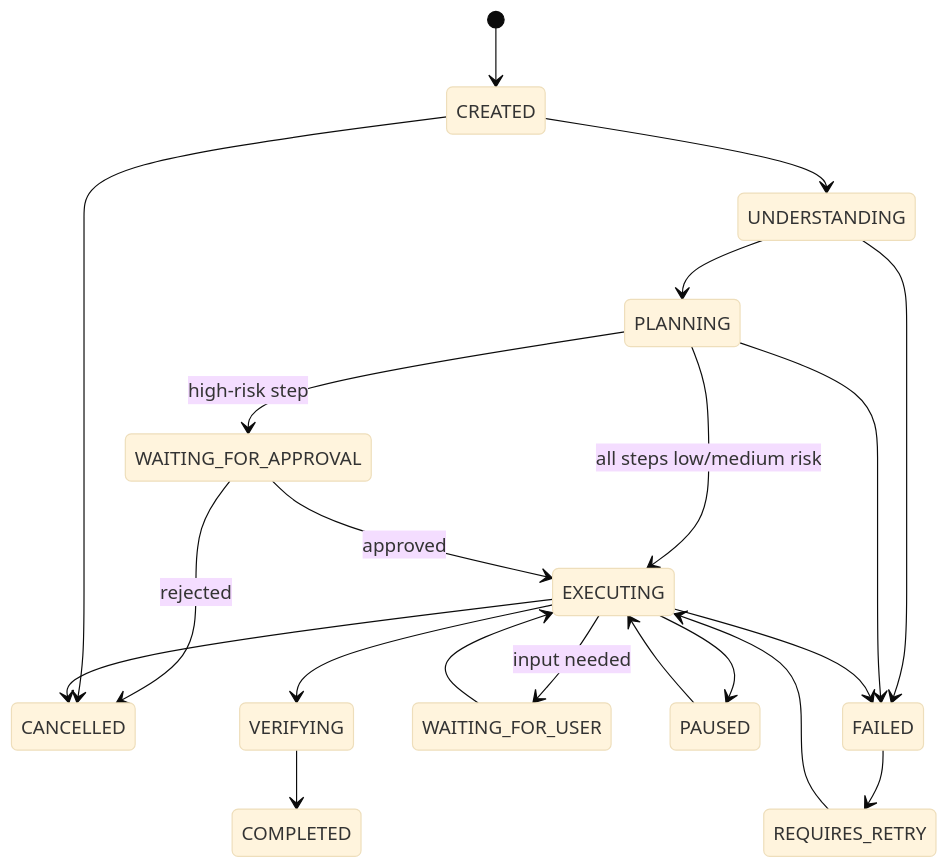
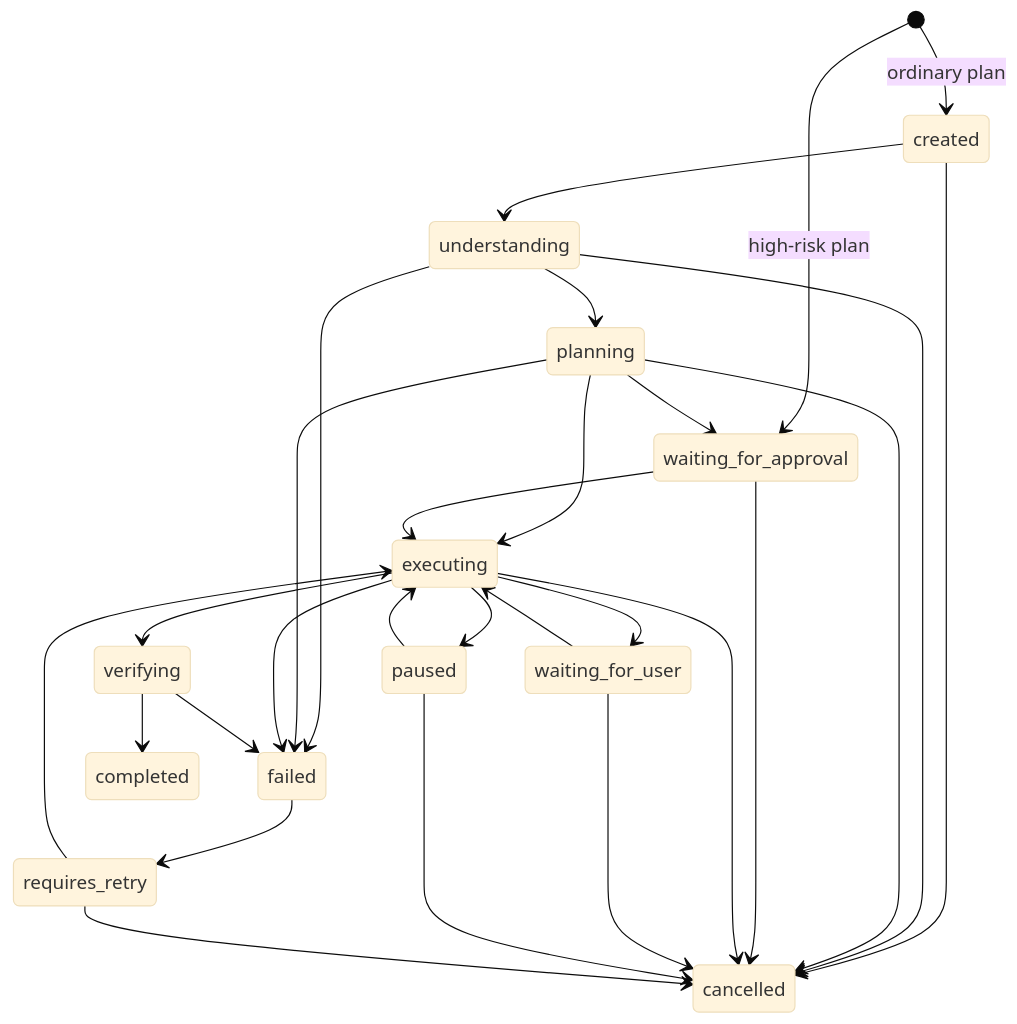
The second of 5 diagrams in docs/architecture/ARCHITECTURE.md (Abhishekpan731/Jarvis), drawn with Mermaid (base theme) before and after one commit. The commit also changed other lines of this file and 13 other files, not shown here.

````diff
--- a/docs/architecture/ARCHITECTURE.md
+++ b/docs/architecture/ARCHITECTURE.md
@@ -144,23 +143,30 @@
 ```mermaid
 stateDiagram-v2
-    [*] --> CREATED
-    CREATED --> UNDERSTANDING
-    UNDERSTANDING --> PLANNING
-    PLANNING --> WAITING_FOR_APPROVAL: high-risk step
-    PLANNING --> EXECUTING: all steps low/medium risk
-    WAITING_FOR_APPROVAL --> EXECUTING: approved
-    WAITING_FOR_APPROVAL --> CANCELLED: rejected
-    EXECUTING --> VERIFYING
-    VERIFYING --> COMPLETED
-    EXECUTING --> WAITING_FOR_USER: input needed
-    WAITING_FOR_USER --> EXECUTING
-    EXECUTING --> PAUSED
-    PAUSED --> EXECUTING
-    UNDERSTANDING --> FAILED
-    PLANNING --> FAILED
-    EXECUTING --> FAILED
-    FAILED --> REQUIRES_RETRY
-    REQUIRES_RETRY --> EXECUTING
-    CREATED --> CANCELLED
-    EXECUTING --> CANCELLED
+    [*] --> created: ordinary plan
+    [*] --> waiting_for_approval: high-risk plan
+    created --> understanding
+    created --> cancelled
+    understanding --> planning
+    understanding --> failed
+    understanding --> cancelled
+    planning --> waiting_for_approval
+    planning --> executing
+    planning --> failed
+    planning --> cancelled
+    waiting_for_approval --> executing
+    waiting_for_approval --> cancelled
+    executing --> verifying
+    executing --> waiting_for_user
+    executing --> paused
+    executing --> failed
+    executing --> cancelled
+    waiting_for_user --> executing
+    waiting_for_user --> cancelled
+    paused --> executing
+    paused --> cancelled
+    verifying --> completed
+    verifying --> failed
+    failed --> requires_retry
+    requires_retry --> executing
+    requires_retry --> cancelled
 ```
````
